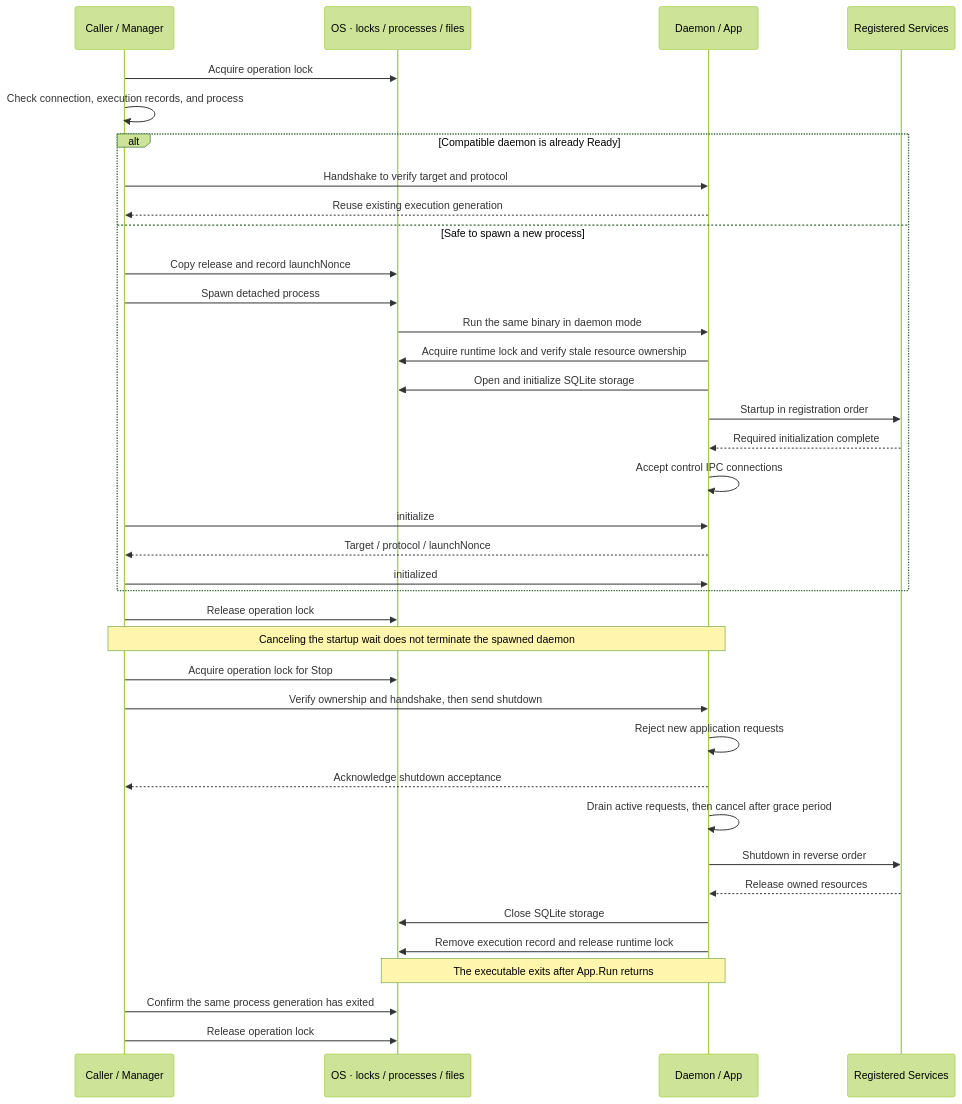
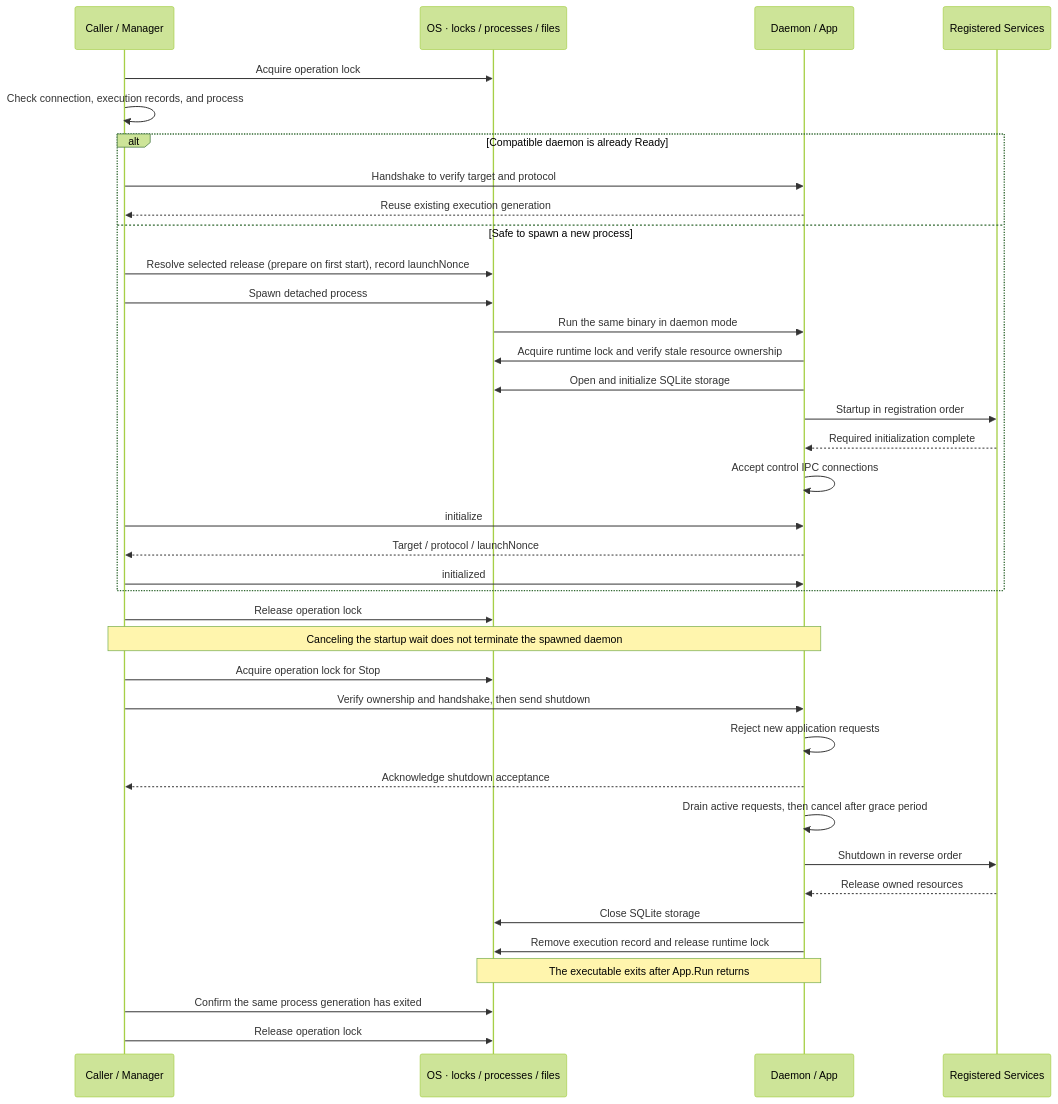
Before and after one commit to 134130/go-daemonkit: the second of 3 diagrams in README.md, drawn with Mermaid (forest theme). The commit also changed other lines of this file and 11 other files, not shown here.

````diff
--- a/README.md
+++ b/README.md
@@ -68,41 +68,41 @@
 ```mermaid
 sequenceDiagram
     participant CLI as Caller / Manager
     participant OS as OS · locks / processes / files
     participant App as Daemon / App
     participant S as Registered Services
 
     CLI->>OS: Acquire operation lock
     CLI->>CLI: Check connection, execution records, and process
     alt Compatible daemon is already Ready
         CLI->>App: Handshake to verify target and protocol
         App-->>CLI: Reuse existing execution generation
     else Safe to spawn a new process
-        CLI->>OS: Copy release and record launchNonce
+        CLI->>OS: Resolve selected release (prepare on first start), record launchNonce
         CLI->>OS: Spawn detached process
         OS->>App: Run the same binary in daemon mode
         App->>OS: Acquire runtime lock and verify stale resource ownership
         App->>OS: Open and initialize SQLite storage
         App->>S: Startup in registration order
         S-->>App: Required initialization complete
         App->>App: Accept control IPC connections
         CLI->>App: initialize
         App-->>CLI: Target / protocol / launchNonce
         CLI->>App: initialized
     end
     CLI->>OS: Release operation lock
     Note over CLI,App: Canceling the startup wait does not terminate the spawned daemon
 
     CLI->>OS: Acquire operation lock for Stop
     CLI->>App: Verify ownership and handshake, then send shutdown
     App->>App: Reject new application requests
     App-->>CLI: Acknowledge shutdown acceptance
     App->>App: Drain active requests, then cancel after grace period
     App->>S: Shutdown in reverse order
     S-->>App: Release owned resources
     App->>OS: Close SQLite storage
     App->>OS: Remove execution record and release runtime lock
     Note over App,OS: The executable exits after App.Run returns
     CLI->>OS: Confirm the same process generation has exited
     CLI->>OS: Release operation lock
 ```
````
